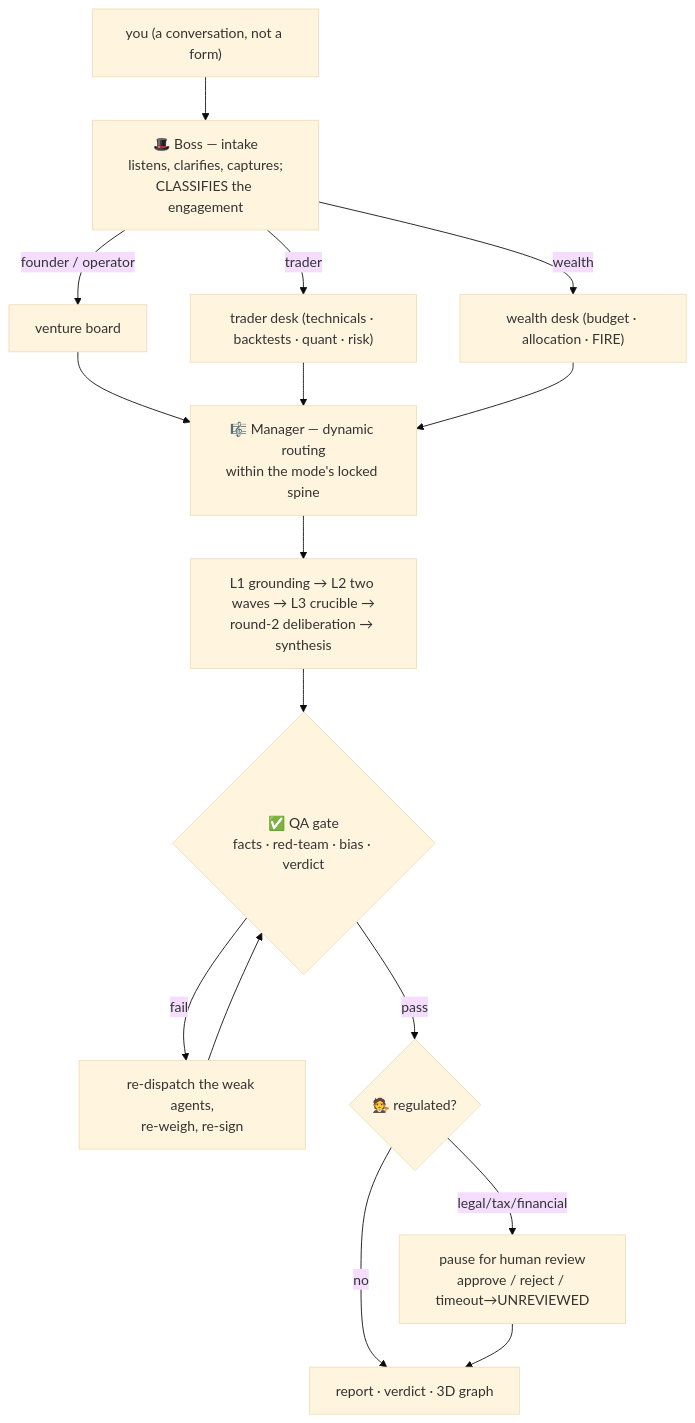
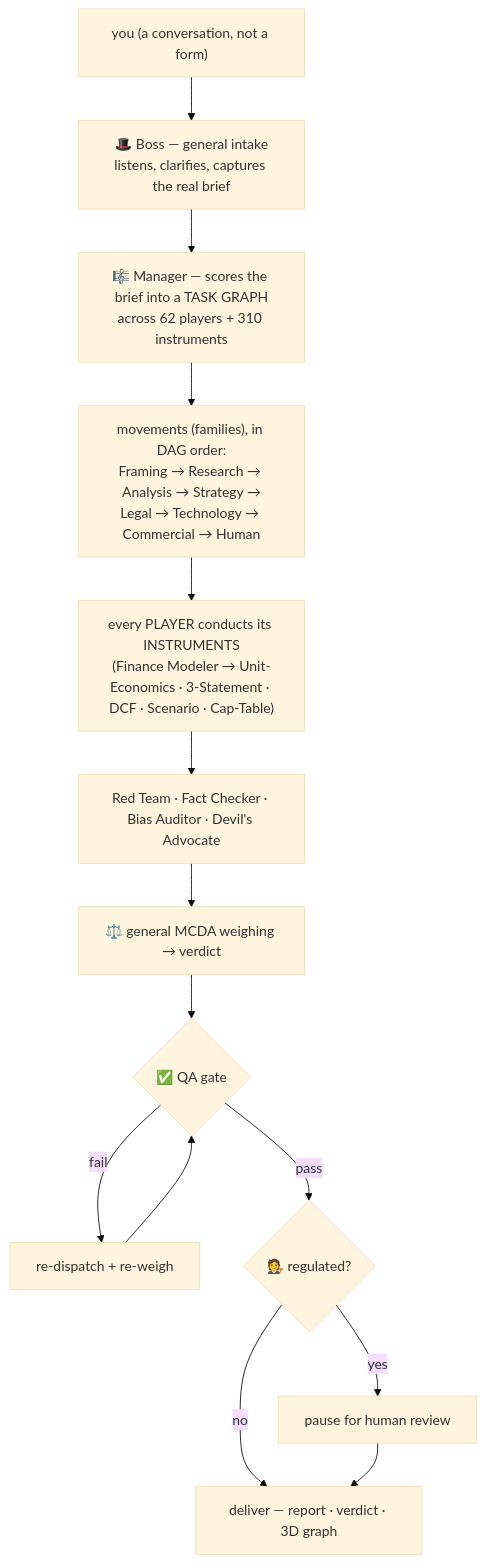
Before and after one commit to Srujan29112001/EIP: the sixth of 9 diagrams in README.md, drawn with Mermaid (base theme). The commit also changed other lines of this file and 17 other files, not shown here.

First line of the commit message:
feat(phase-16): rebuild Intelligent Mode as the two-tier Orchestra

````diff
--- a/README.md
+++ b/README.md
@@ -295,17 +295,15 @@
 ```mermaid
 flowchart TD
-    U["you (a conversation, not a form)"] --> B["🎩 Boss — intake<br/>listens, clarifies, captures;<br/>CLASSIFIES the engagement"]
-    B -->|founder / operator| MV["venture board"]
-    B -->|trader| MT["trader desk (technicals · backtests · quant · risk)"]
-    B -->|wealth| MW["wealth desk (budget · allocation · FIRE)"]
-    MV --> MGR["🎼 Manager — dynamic routing<br/>within the mode's locked spine"]
-    MT --> MGR
-    MW --> MGR
-    MGR --> P["L1 grounding → L2 two waves → L3 crucible →<br/>round-2 deliberation → synthesis"]
-    P --> QA{"✅ QA gate<br/>facts · red-team · bias · verdict"}
-    QA -->|fail| RD["re-dispatch the weak agents,<br/>re-weigh, re-sign"] --> QA
+    U["you (a conversation, not a form)"] --> B["🎩 Boss — general intake<br/>listens, clarifies, captures the real brief"]
+    B --> MGR["🎼 Manager — scores the brief into a TASK GRAPH<br/>across 62 players + 310 instruments"]
+    MGR --> M["movements (families), in DAG order:<br/>Framing → Research → Analysis → Strategy →<br/>Legal → Technology → Commercial → Human"]
+    M --> PL["every PLAYER conducts its INSTRUMENTS<br/>(Finance Modeler → Unit-Economics · 3-Statement · DCF · Scenario · Cap-Table)"]
+    PL --> C["Red Team · Fact Checker · Bias Auditor · Devil's Advocate"]
+    C --> W["⚖️ general MCDA weighing → verdict"]
+    W --> QA{"✅ QA gate"}
+    QA -->|fail| RD["re-dispatch + re-weigh"] --> QA
     QA -->|pass| H{"🧑‍⚖️ regulated?"}
-    H -->|legal/tax/financial| REV["pause for human review<br/>approve / reject / timeout→UNREVIEWED"]
-    H -->|no| DEL["deliver"]
-    REV --> DEL["report · verdict · 3D graph"]
+    H -->|yes| REV["pause for human review"]
+    H -->|no| DEL["deliver — report · verdict · 3D graph"]
+    REV --> DEL
 ```
````
